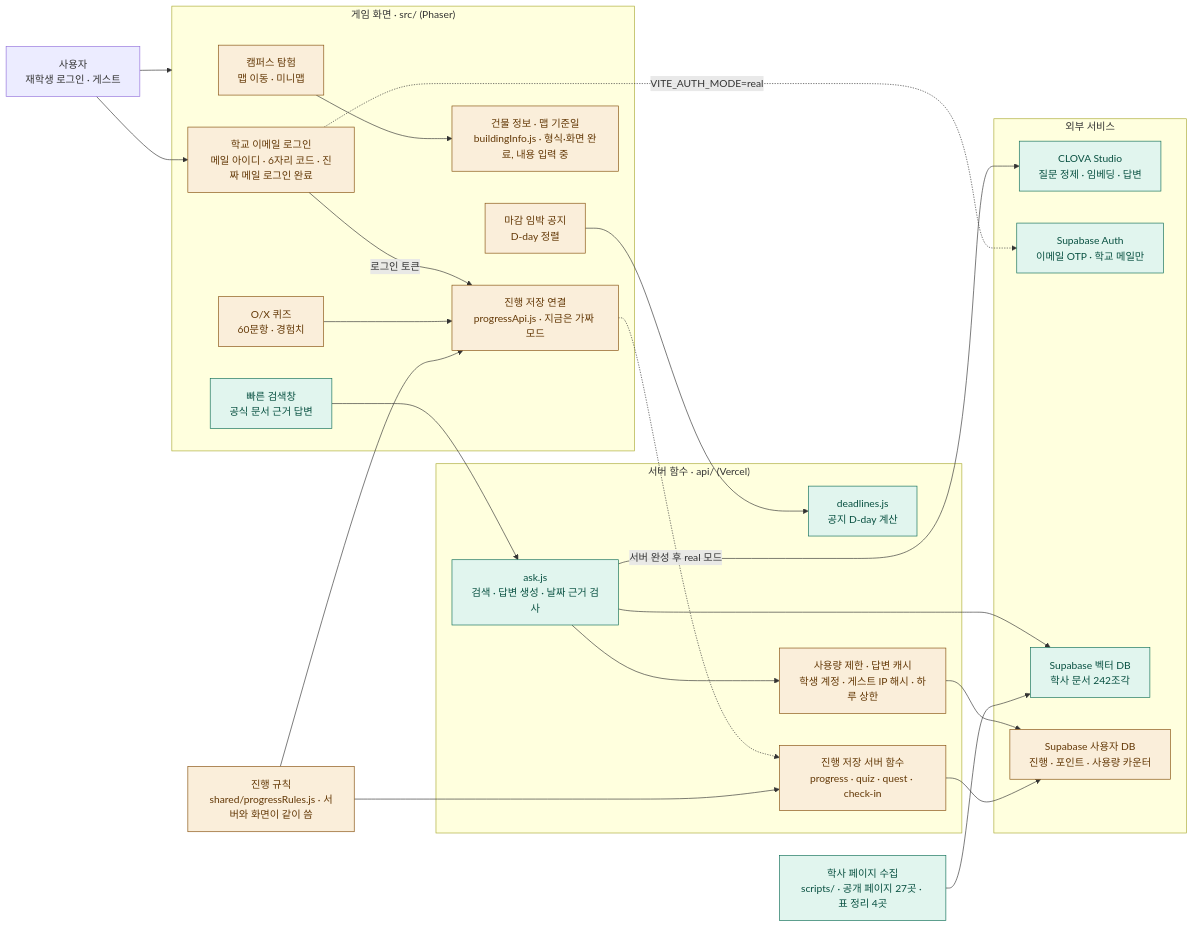
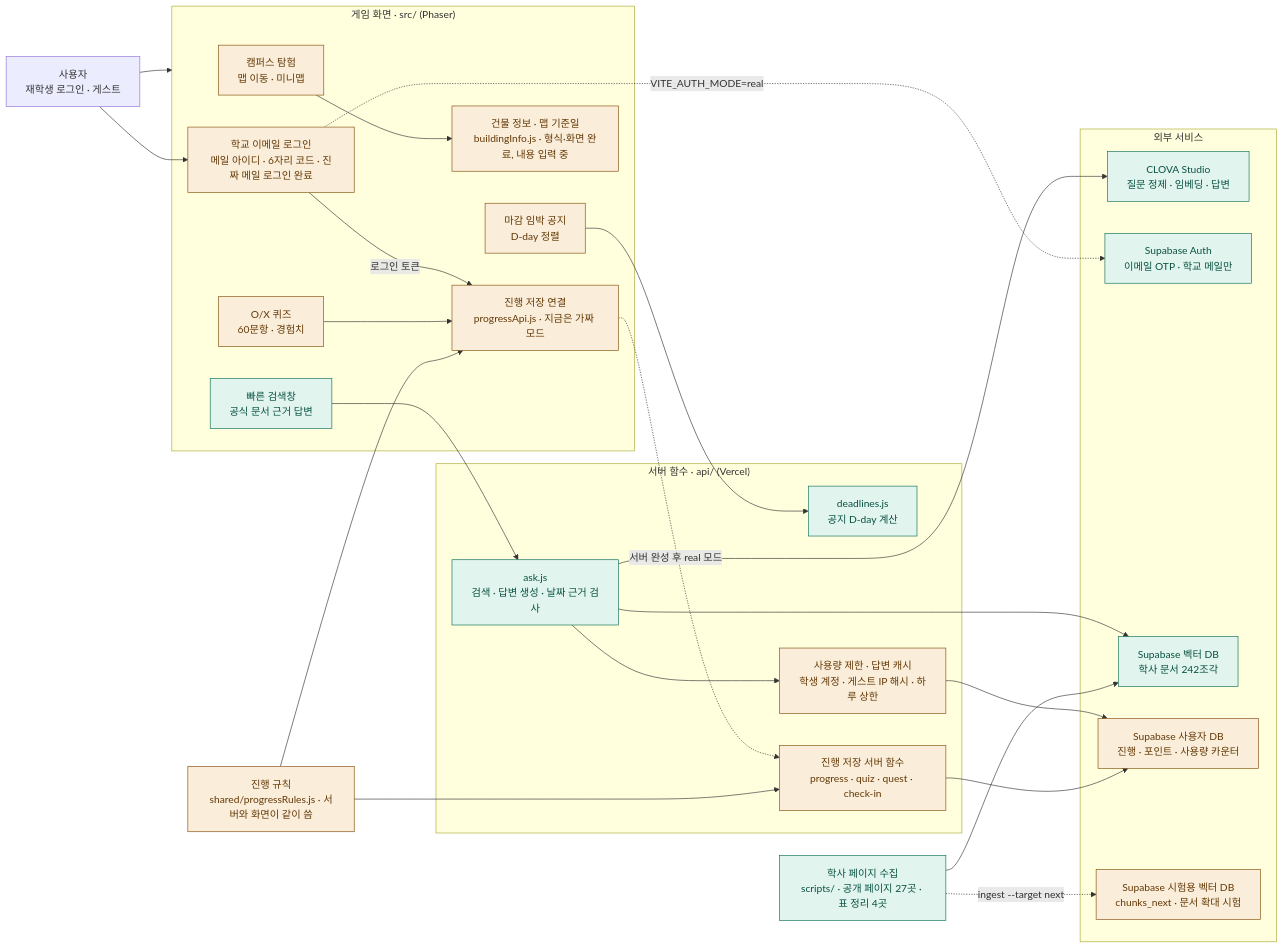
Before and after one commit to 202502859-source/hufs-quest: the diagram in docs/ARCHITECTURE.md, drawn with Mermaid. The commit also changed other lines of this file, not shown here.

Commit message:
docs: 구조도에 chunks_next · 수집 정리 규칙 반영

````diff
--- a/docs/ARCHITECTURE.md
+++ b/docs/ARCHITECTURE.md
@@ -8,57 +8,59 @@
 ```mermaid
 flowchart LR
     user["사용자<br/>재학생 로그인 · 게스트"]
 
     subgraph game["게임 화면 · src/ (Phaser)"]
         explore["캠퍼스 탐험<br/>맵 이동 · 미니맵"]
         search["빠른 검색창<br/>공식 문서 근거 답변"]
         quiz["O/X 퀴즈<br/>60문항 · 경험치"]
         notice["마감 임박 공지<br/>D-day 정렬"]
         mapInfo["건물 정보 · 맵 기준일<br/>buildingInfo.js · 형식·화면 완료, 내용 입력 중"]
         progress["진행 저장 연결<br/>progressApi.js · 지금은 가짜 모드"]
         login["학교 이메일 로그인<br/>메일 아이디 · 6자리 코드 · 진짜 메일 로그인 완료"]
     end
 
     rules["진행 규칙<br/>shared/progressRules.js · 서버와 화면이 같이 씀"]
 
     subgraph server["서버 함수 · api/ (Vercel)"]
         ask["ask.js<br/>검색 · 답변 생성 · 날짜 근거 검사"]
         deadlines["deadlines.js<br/>공지 D-day 계산"]
         newApi["진행 저장 서버 함수<br/>progress · quiz · quest · check-in"]
         limiter["사용량 제한 · 답변 캐시<br/>학생 계정 · 게스트 IP 해시 · 하루 상한"]
     end
 
     subgraph external["외부 서비스"]
         clova["CLOVA Studio<br/>질문 정제 · 임베딩 · 답변"]
         supaAuth["Supabase Auth<br/>이메일 OTP · 학교 메일만"]
         vector["Supabase 벡터 DB<br/>학사 문서 242조각"]
         userDb["Supabase 사용자 DB<br/>진행 · 포인트 · 사용량 카운터"]
+        vectorNext["Supabase 시험용 벡터 DB<br/>chunks_next · 문서 확대 시험"]
     end
 
     collect["학사 페이지 수집<br/>scripts/ · 공개 페이지 27곳 · 표 정리 4곳"]
 
     user --> game
     user --> login
     login -.->|"VITE_AUTH_MODE=real"| supaAuth
     login -->|"로그인 토큰"| progress
     search --> ask
     notice --> deadlines
     quiz --> progress
     progress -.->|"서버 완성 후 real 모드"| newApi
     rules --> progress
     rules --> newApi
     explore --> mapInfo
     ask --> limiter
     limiter --> userDb
     ask --> clova
     ask --> vector
     newApi --> userDb
     collect --> vector
+    collect -.->|"ingest --target next"| vectorNext
 
     classDef done fill:#E1F5EE,stroke:#0F6E56,color:#085041
     classDef partial fill:#FAEEDA,stroke:#854F0B,color:#633806
     classDef todo fill:#FAECE7,stroke:#993C1D,color:#712B13,stroke-dasharray:5 3
 
     class search,ask,deadlines,clova,vector,collect,supaAuth done
-    class explore,quiz,notice,progress,rules,userDb,login,limiter,mapInfo,newApi partial
+    class explore,quiz,notice,progress,rules,userDb,login,limiter,mapInfo,newApi,vectorNext partial
 ```
````
